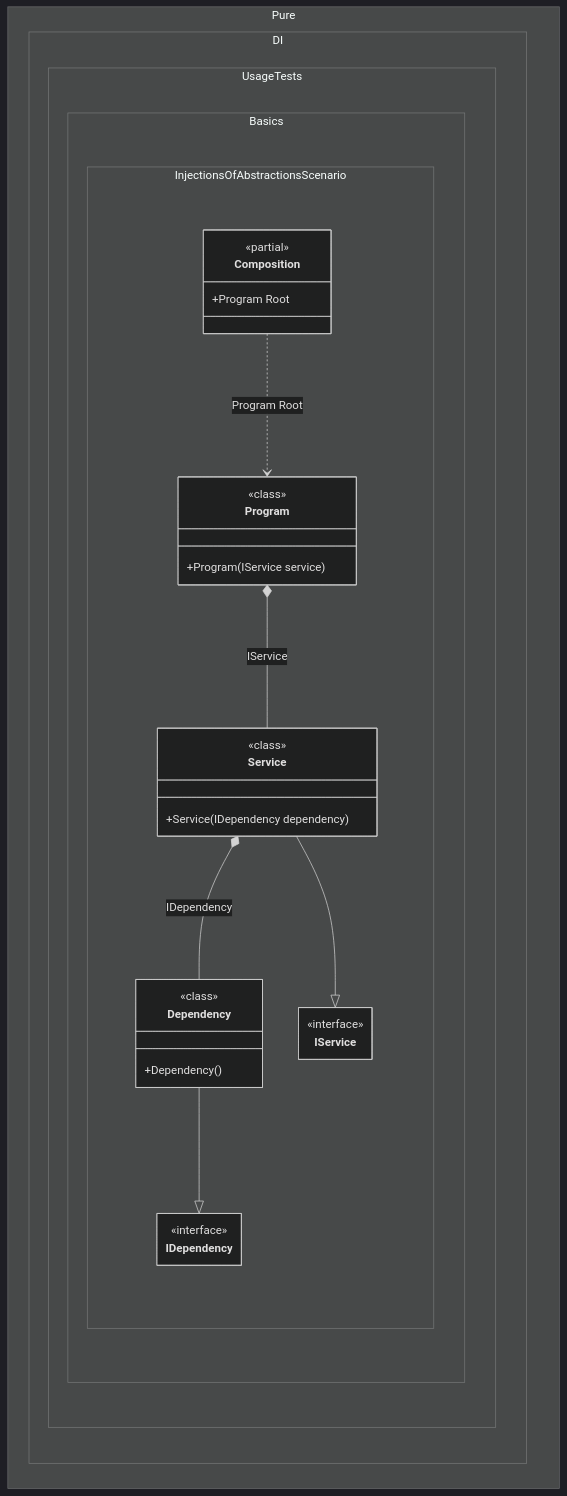
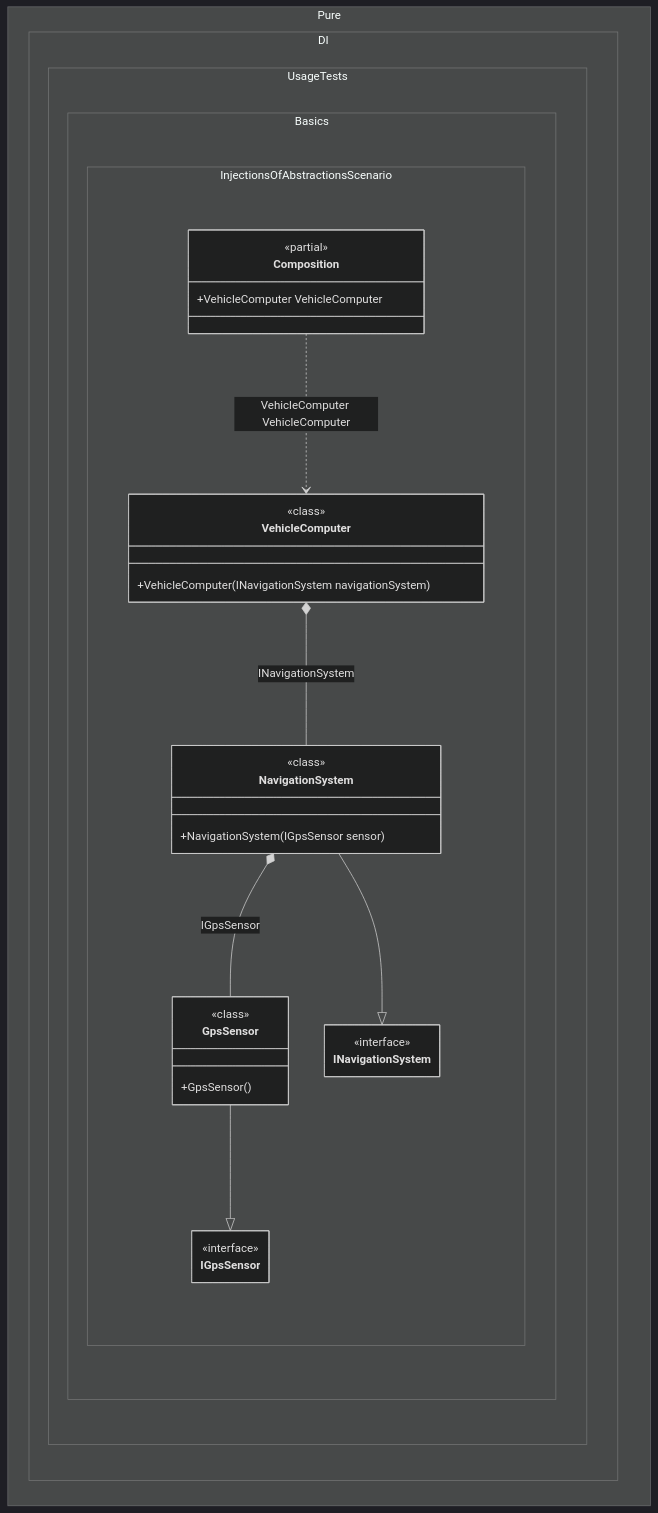
The diagram in readme/injections-of-abstractions.md (DevTeam/Pure.DI), drawn with Mermaid (dark theme) before and after one commit. The commit also changed other lines of this file and 126 other files, not shown here.

````diff
--- a/readme/injections-of-abstractions.md
+++ b/readme/injections-of-abstractions.md
@@ -104,39 +113,39 @@
 ```mermaid
 ---
  config:
   maxTextSize: 2147483647
   maxEdges: 2147483647
   class:
    hideEmptyMembersBox: true
 ---
 classDiagram
-	Dependency --|> IDependency
-	Service --|> IService
-	Composition ..> Program : Program Root
-	Service *--  Dependency : IDependency
-	Program *--  Service : IService
+	GpsSensor --|> IGpsSensor
+	NavigationSystem --|> INavigationSystem
+	Composition ..> VehicleComputer : VehicleComputer VehicleComputer
+	NavigationSystem *--  GpsSensor : IGpsSensor
+	VehicleComputer *--  NavigationSystem : INavigationSystem
 	namespace Pure.DI.UsageTests.Basics.InjectionsOfAbstractionsScenario {
 		class Composition {
 		<<partial>>
-		+Program Root
+		+VehicleComputer VehicleComputer
 		}
-		class Dependency {
+		class GpsSensor {
 				<<class>>
-			+Dependency()
+			+GpsSensor()
 		}
-		class IDependency {
+		class IGpsSensor {
 			<<interface>>
 		}
-		class IService {
+		class INavigationSystem {
 			<<interface>>
 		}
-		class Program {
+		class NavigationSystem {
 				<<class>>
-			+Program(IService service)
+			+NavigationSystem(IGpsSensor sensor)
 		}
-		class Service {
+		class VehicleComputer {
 				<<class>>
-			+Service(IDependency dependency)
+			+VehicleComputer(INavigationSystem navigationSystem)
 		}
 	}
 ```
````
